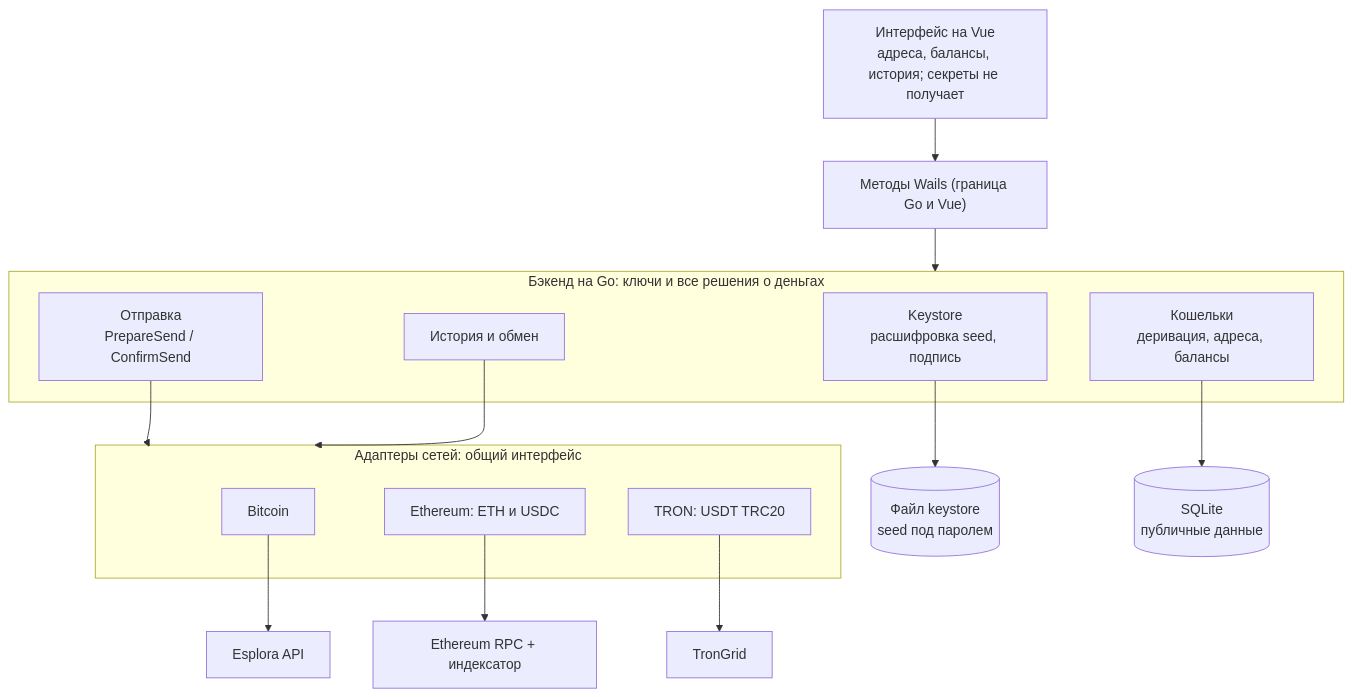
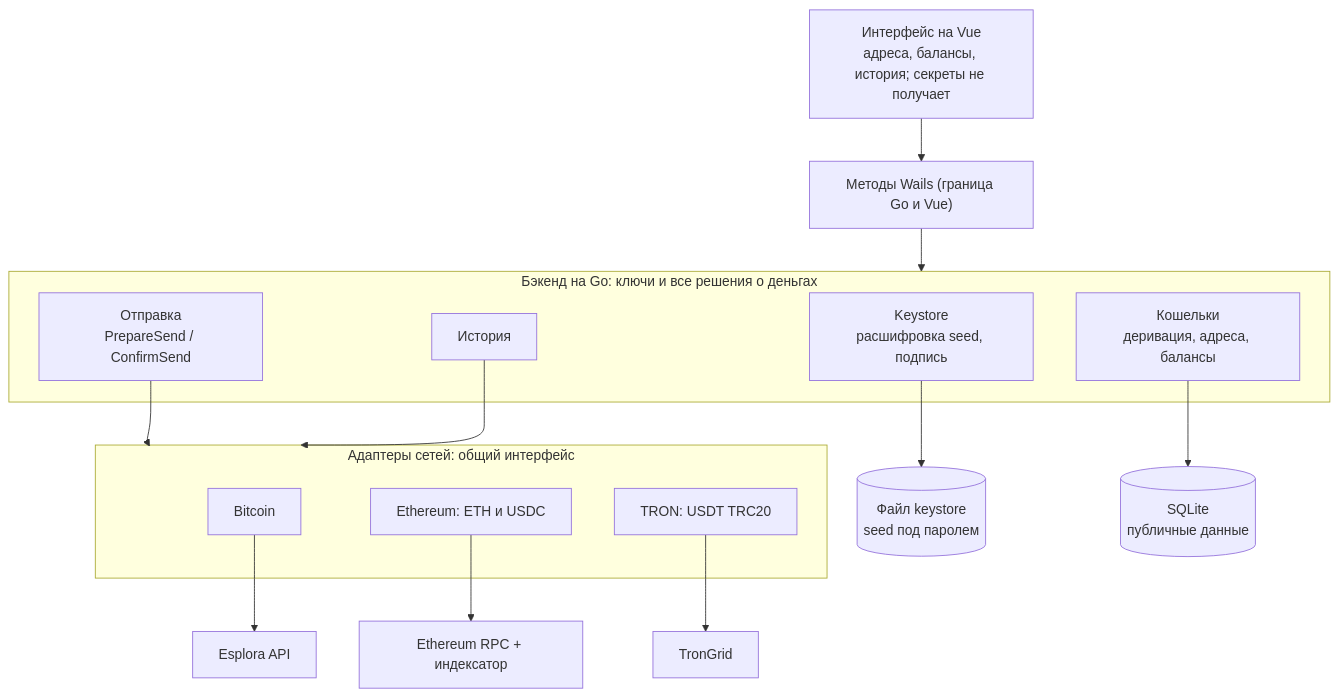
One commit to 24DSO-lab/wallet changed the first of 2 diagrams in docs/ADR-001-desktop-wallet.md. Above: the diagram before and after it, drawn with Mermaid. The commit also changed other lines of this file, not shown here.

````diff
--- a/docs/ADR-001-desktop-wallet.md
+++ b/docs/ADR-001-desktop-wallet.md
@@ -107,29 +107,29 @@
 ```mermaid
 flowchart TD
     UI["Интерфейс на Vue<br/>адреса, балансы, история; секреты не получает"]
     W["Методы Wails (граница Go и Vue)"]
     subgraph GO["Бэкенд на Go: ключи и все решения о деньгах"]
         K["Keystore<br/>расшифровка seed, подпись"]
         WL["Кошельки<br/>деривация, адреса, балансы"]
         SE["Отправка<br/>PrepareSend / ConfirmSend"]
-        H["История и обмен"]
+        H["История"]
     end
     KF[("Файл keystore<br/>seed под паролем")]
     DB[("SQLite<br/>публичные данные")]
     subgraph AD["Адаптеры сетей: общий интерфейс"]
         BTC["Bitcoin"]
         ETH["Ethereum: ETH и USDC"]
         TRX["TRON: USDT TRC20"]
     end
     ES["Esplora API"]
     ER["Ethereum RPC + индексатор"]
     TG["TronGrid"]
     UI --> W --> GO
     K --> KF
     WL --> DB
     SE --> AD
     H --> AD
     BTC --> ES
     ETH --> ER
     TRX --> TG
 ```
````
